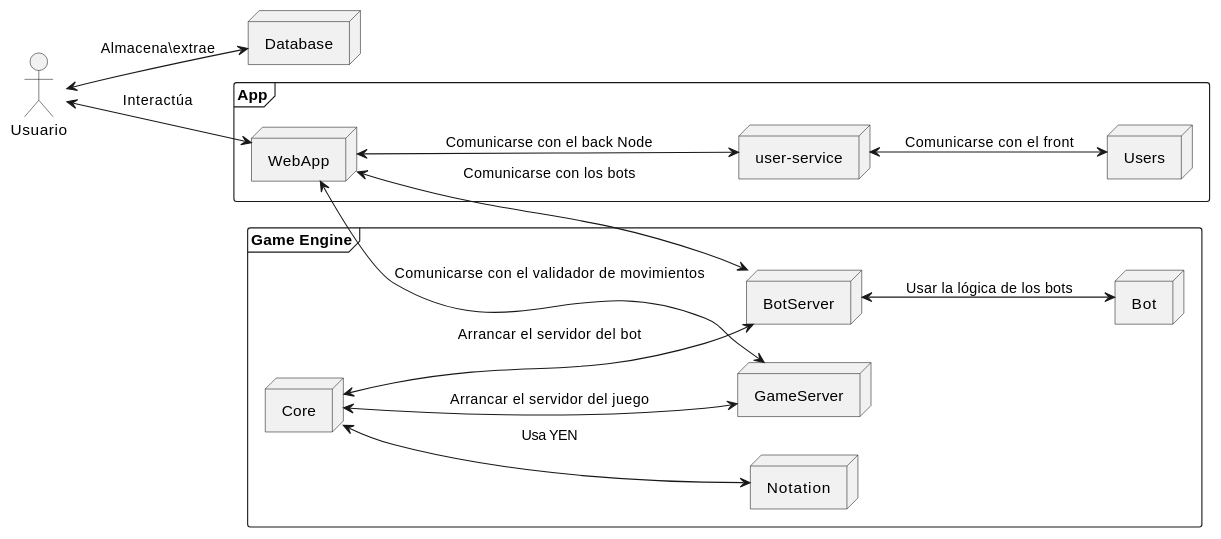
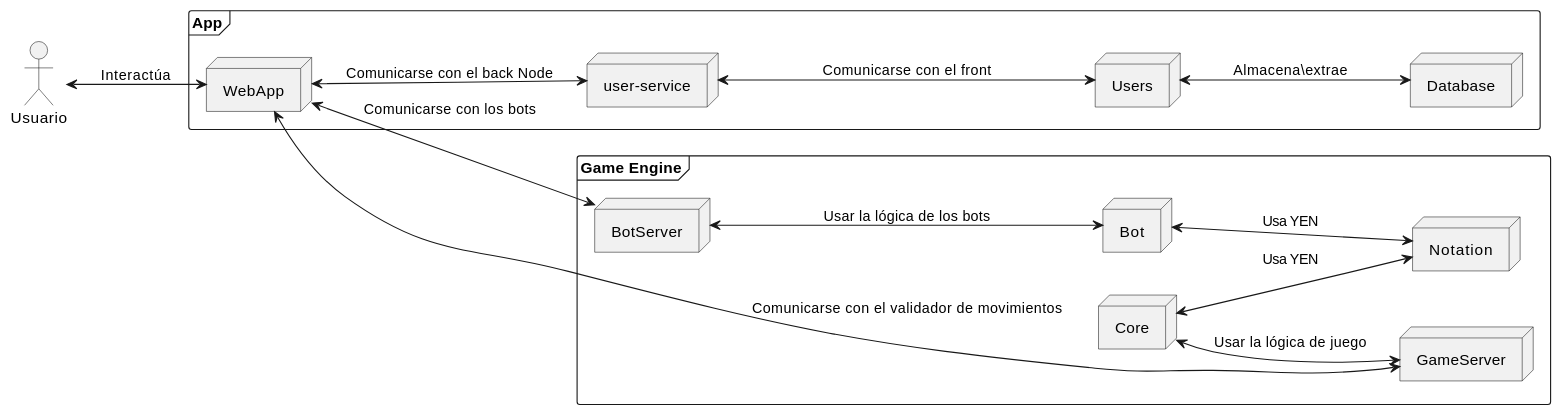
One commit to Arquisoft/yovi_es5a changed the second of 3 diagrams in docs/src/05_building_block_view.adoc. Above: the diagram before and after it, drawn with PlantUML. The commit also changed other lines of this file, not shown here.

```diff
--- a/docs/src/05_building_block_view.adoc
+++ b/docs/src/05_building_block_view.adoc
@@ -154,38 +154,37 @@
 [plantuml,"Nivel 2",png]
 ----
 @startuml
 skinparam monochrome true
 left to right direction
 
 actor Usuario
 
 frame "App" {
   node "WebApp"
   node "user-service"
   node "Users"
+  node "Database"
 }
-
-node "Database"
 
 frame "Game Engine" {
   node "Bot"
   node "BotServer"
   node "Core"
   node "Notation"
   node "GameServer"
 }
 
 "Usuario" <--> "WebApp" : Interactúa
 "WebApp" <--> "user-service" : Comunicarse con el back Node
 "user-service" <--> "Users" : Comunicarse con el front
+"Users" <--> "Database" : Almacena\extrae
 
-"Usuario" <--> "Database" : Almacena\extrae
 "WebApp" <--> "BotServer" : Comunicarse con los bots
 "WebApp" <--> "GameServer" : Comunicarse con el validador de movimientos
+"Bot" <--> "Notation" : Usa YEN
 "Core" <--> "Notation" : Usa YEN
 "BotServer" <--> "Bot" : Usar la lógica de los bots
-"Core" <--> "BotServer" : Arrancar el servidor del bot
-"Core" <--> "GameServer" : Arrancar el servidor del juego
+"Core" <--> "GameServer" : Usar la lógica de juego
 
 @enduml
 ----
```
